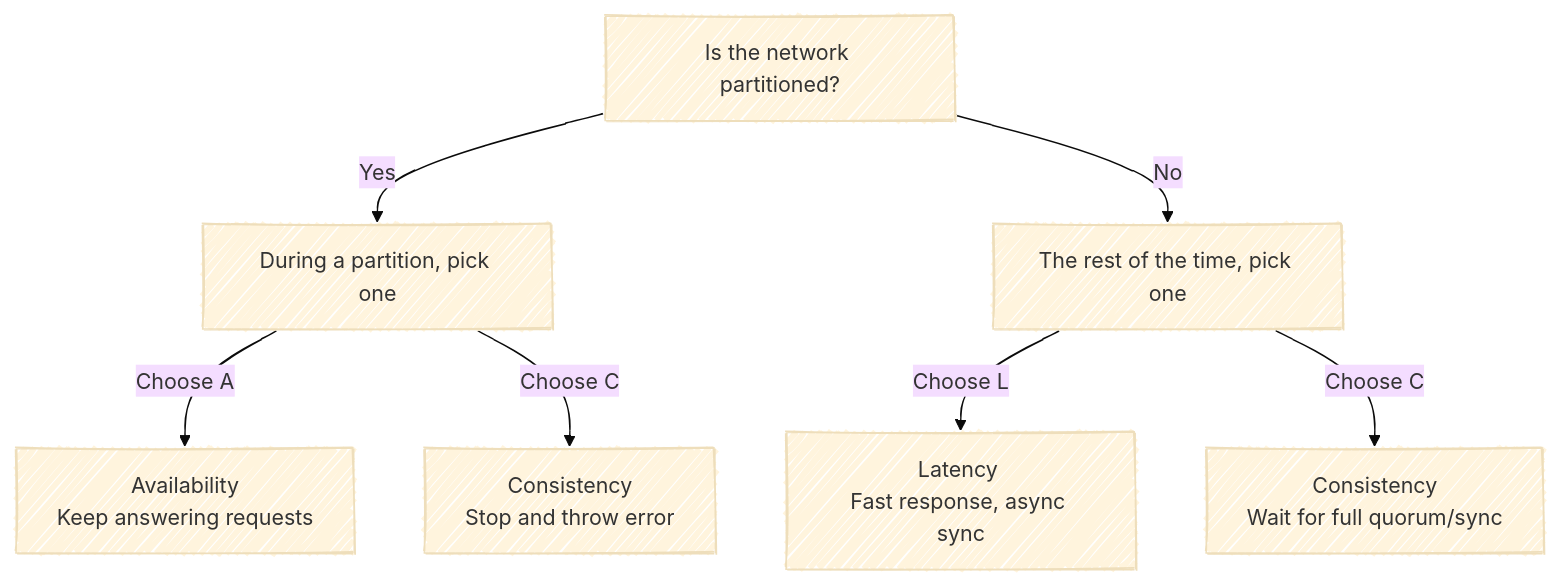
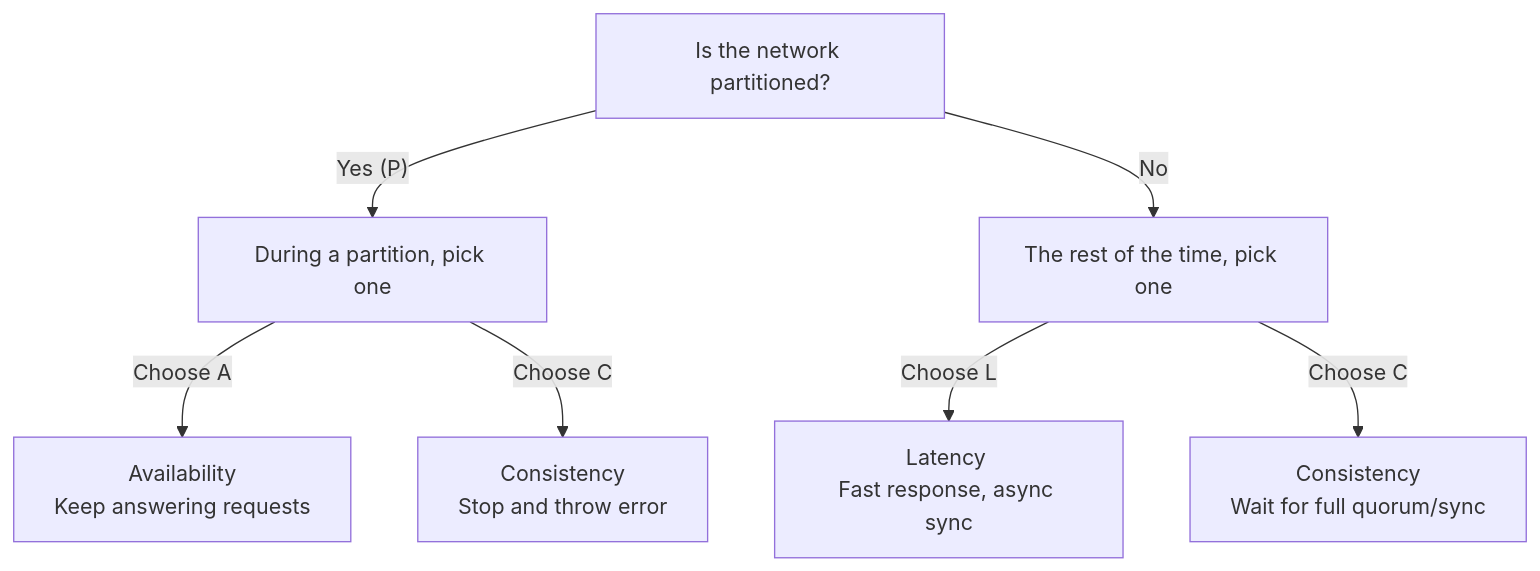
The diagram in content/sd/trade-offs/pacelc.en.mdx (KhanShaheb34/montu-mia), drawn with Mermaid before and after one commit. The commit also changed 1 other file, not shown here.

Commit message:
refactor: enhance Mermaid component with improved theme handling and rendering logic for better diagram display

````diff
--- a/content/sd/trade-offs/pacelc.en.mdx
+++ b/content/sd/trade-offs/pacelc.en.mdx
@@ -34,16 +34,11 @@
 ```mermaid
----
-config:
-  theme: base
-  look: handDrawn
----
 graph TD
-    Start[Is the network partitioned?] -->|Yes| Partition[During a partition, pick one]
+    Start[Is the network partitioned?] -->|"Yes (P)"| Partition[During a partition, pick one]
     Start -->|No| Normal[The rest of the time, pick one]
 
     Partition -->|Choose A| A[Availability <br/>Keep answering requests]
     Partition -->|Choose C| C1[Consistency <br/>Stop and throw error]
 
     Normal -->|Choose L| L[Latency <br/>Fast response, async sync]
     Normal -->|Choose C| C2[Consistency <br/>Wait for full quorum/sync]
 ```
````
